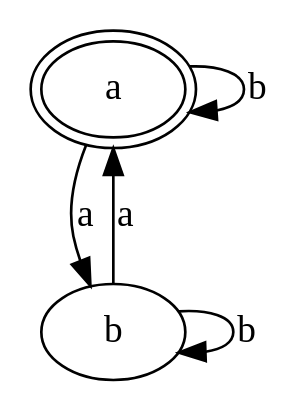
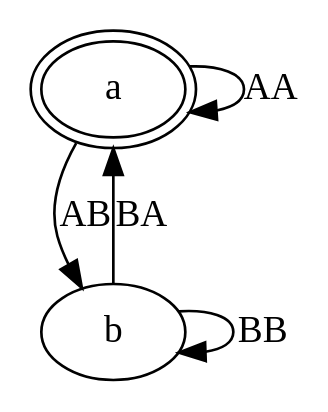
One commit to Antonio-Melo/COMP-Autoanalyze changed the diagram in dot/test.dot. Above: the diagram before and after it, drawn with Graphviz. The commit also changed 27 other files, not shown here.

```diff
--- a/dot/test.dot
+++ b/dot/test.dot
@@ -1,8 +1,8 @@
 digraph G2
  {
-     a -> a [label=b];
-     a -> b [label=a];
-     b -> b [label=b];
-     b -> a [label=a];
+     a -> a [label=AA];
+     a -> b [label=AB];
+     b -> b [label=BB];
+     b -> a [label=BA];
      a [peripheries=2];
  }
```
